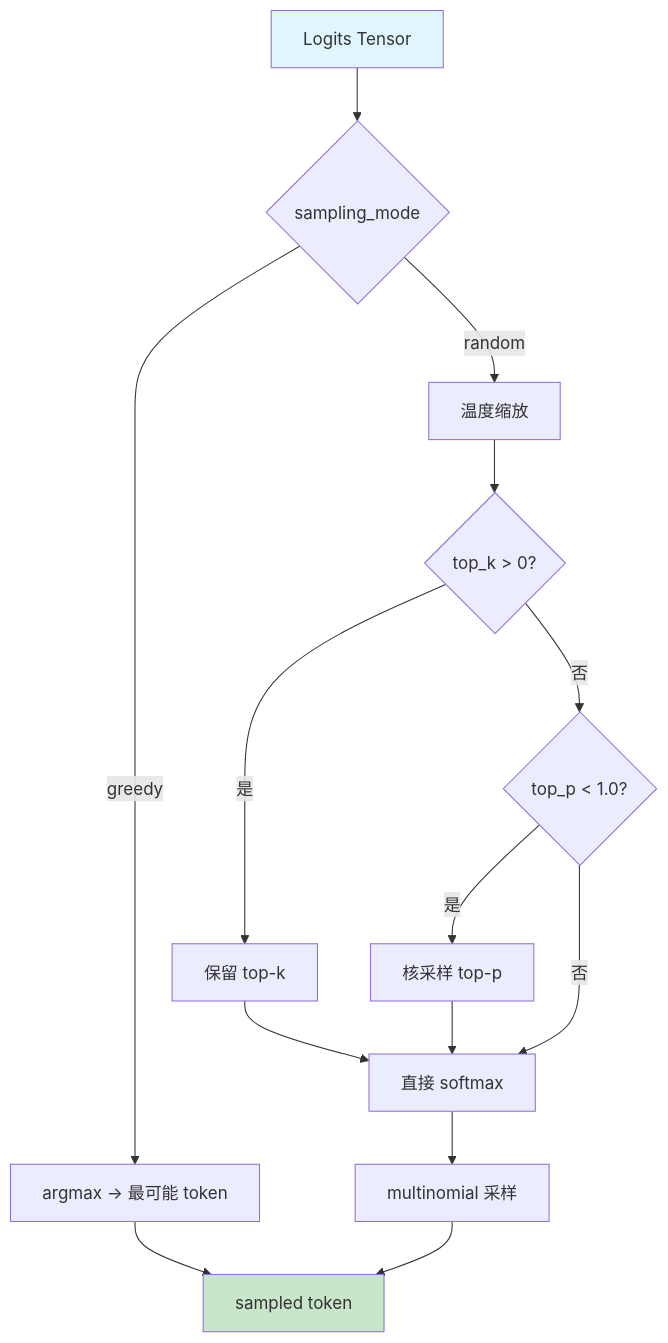
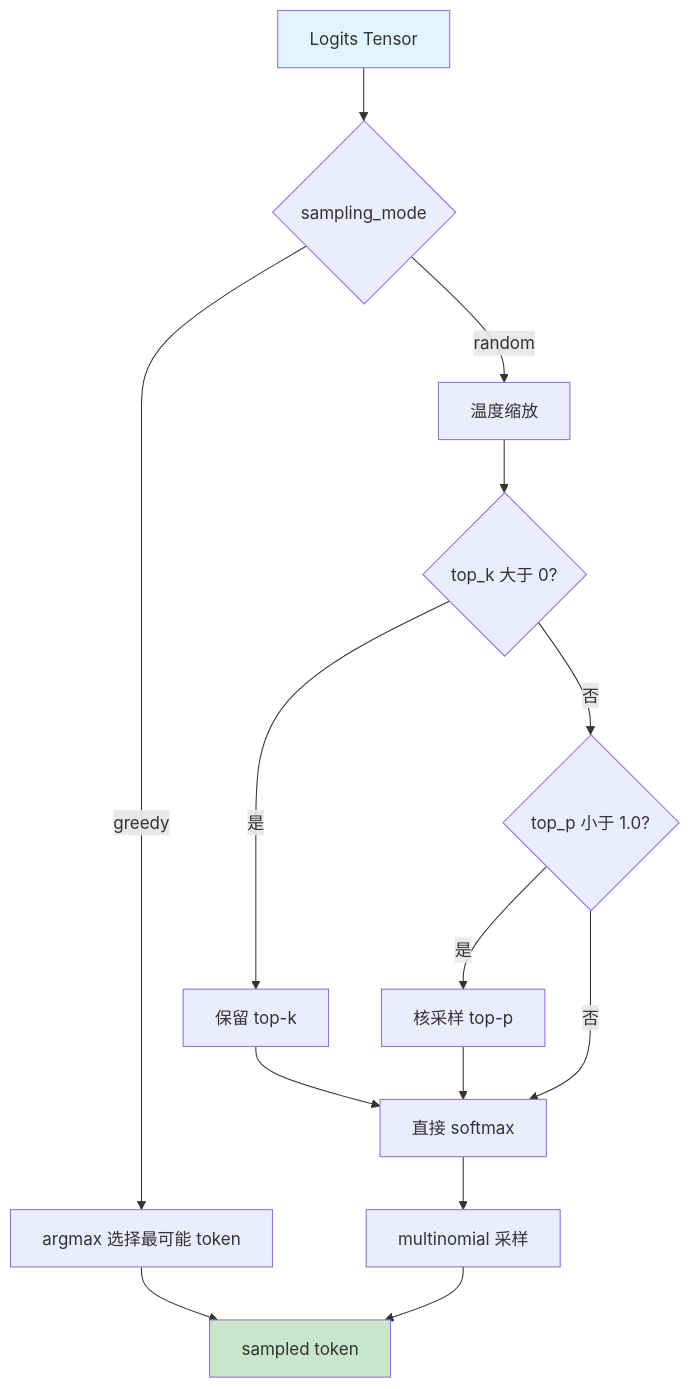
One commit to ArronHZG/mini-sglang changed diagram 14 of 31 in docs/mini-sglang-learning-guide.md. Above: the diagram before and after it, drawn with Mermaid. The commit also changed other lines of this file, not shown here.

````diff
--- a/docs/mini-sglang-learning-guide.md
+++ b/docs/mini-sglang-learning-guide.md
@@ -553,19 +559,19 @@
 ```mermaid
 flowchart TD
     LOGITS[Logits Tensor] --> MODE{"sampling_mode"}
-    MODE -->|" greedy "| ARGMAX[argmax → 最可能 token]
-MODE -->|" random "|TEMP[温度缩放]
-TEMP --> TOPK{top_k > 0?}
-TOPK -->|是| FILTER_K[保留 top-k]
-TOPK -->|否|TOPP{top_p < 1.0?}
-TOPP -->|是|FILTER_P[核采样 top-p]
-TOPP -->|否|SOFTMAX[直接 softmax]
-FILTER_K --> SOFTMAX
-FILTER_P --> SOFTMAX
-SOFTMAX --> MULTINOMIAL[multinomial 采样]
-MULTINOMIAL --> TOKEN[sampled token]
-ARGMAX --> TOKEN
+    MODE -->|"greedy"| ARGMAX[argmax 选择最可能 token]
+    MODE -->|"random"| TEMP[温度缩放]
+    TEMP --> TOPK{top_k 大于 0?}
+    TOPK -->|是| FILTER_K[保留 top-k]
+    TOPK -->|否| TOPP{top_p 小于 1.0?}
+    TOPP -->|是| FILTER_P[核采样 top-p]
+    TOPP -->|否| SOFTMAX[直接 softmax]
+    FILTER_K --> SOFTMAX
+    FILTER_P --> SOFTMAX
+    SOFTMAX --> MULTINOMIAL[multinomial 采样]
+    MULTINOMIAL --> TOKEN[sampled token]
+    ARGMAX --> TOKEN
 
-style LOGITS fill: #e1f5fe
-style TOKEN fill: #c8e6c9
+    style LOGITS fill: #e1f5fe
+    style TOKEN fill: #c8e6c9
 ```
````
